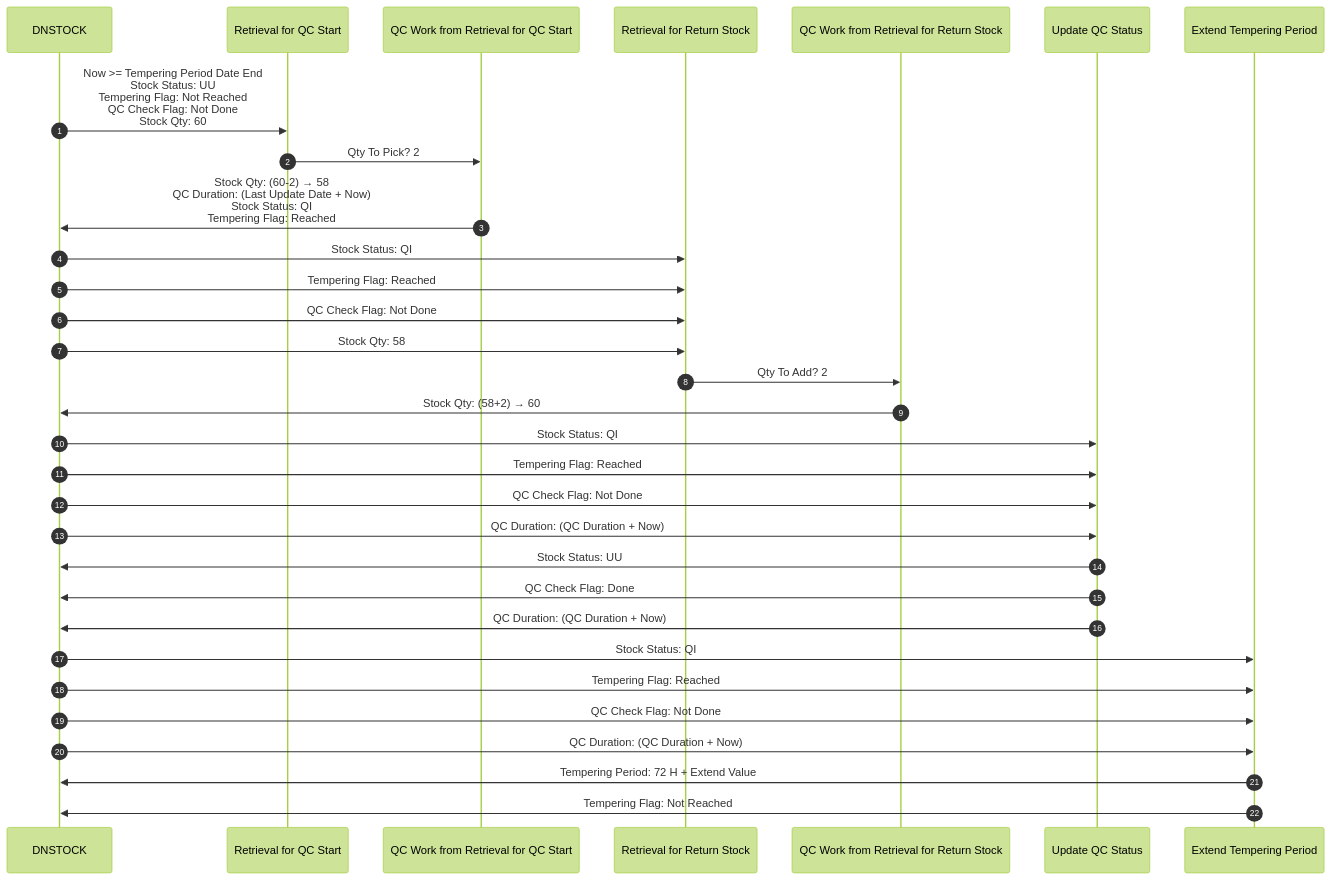
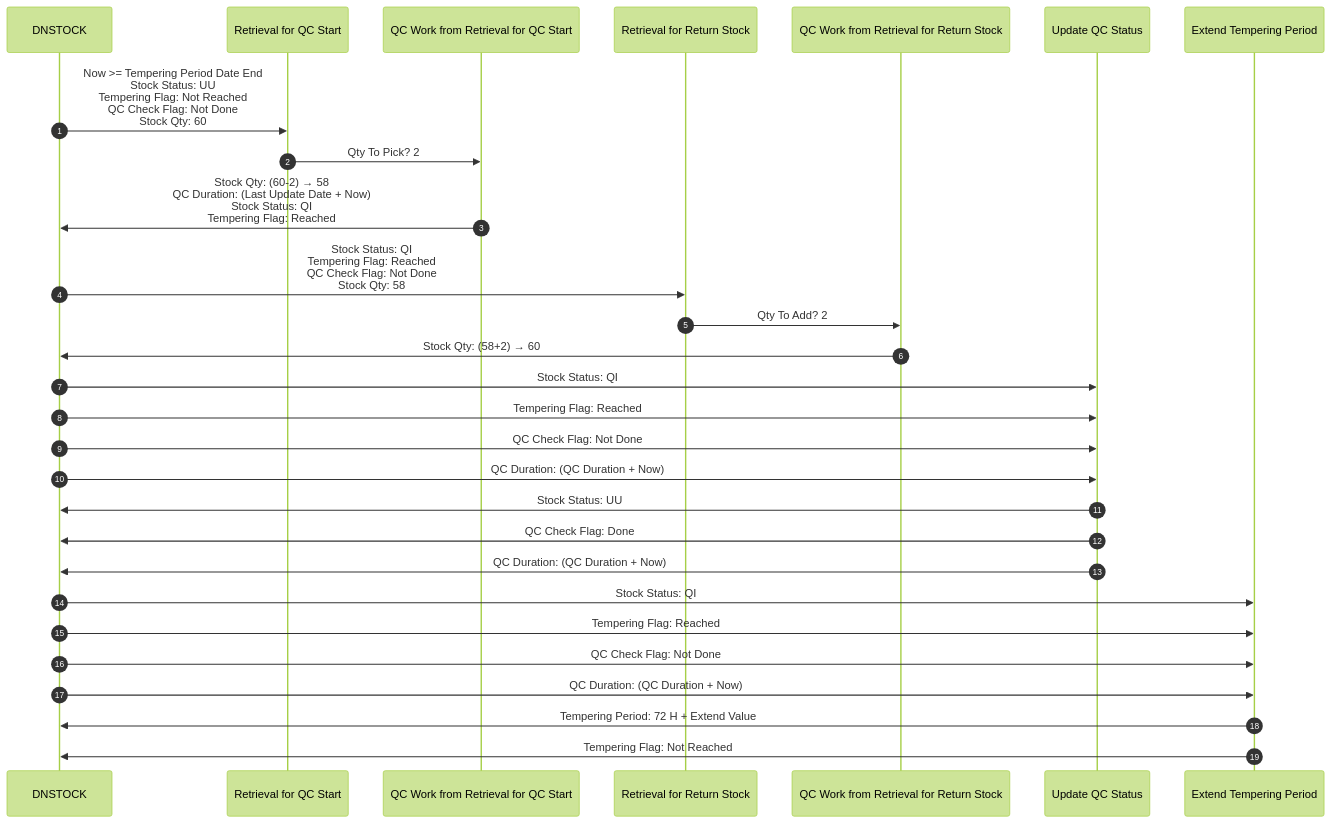
The diagram in Basic-Design/DFD-WMS/Retrieval/QC-Setting.md (luthfiadityaa/SimeDarby-Wiki), drawn with Mermaid (forest theme) before and after one commit.

Commit message:
Updated QC Setting

```diff
--- a/Basic-Design/DFD-WMS/Retrieval/QC-Setting.md
+++ b/Basic-Design/DFD-WMS/Retrieval/QC-Setting.md
@@ -18,52 +18,49 @@
 ::: mermaid
 sequenceDiagram
     autonumber
 
     participant DNSTOCK
     participant Retrieval for QC Start
     participant QC Work from Retrieval for QC Start
     participant Retrieval for Return Stock
     participant QC Work from Retrieval for Return Stock
     participant Update QC Status
     participant Extend Tempering Period
 
     %% --- 1. DNSTOCK ---
     DNSTOCK ->> Retrieval for QC Start: Now >= Tempering Period Date End <br> Stock Status: UU <br> Tempering Flag: Not Reached <br> QC Check Flag: Not Done <br> Stock Qty: 60
 
 
     %% --- 2. Retrieval for QC Start ---
     Retrieval for QC Start ->> QC Work from Retrieval for QC Start: Qty To Pick?  2
 
     %% --- 3. QC Work from Retrieval for QC Start ---
     QC Work from Retrieval for QC Start ->> DNSTOCK: Stock Qty: (60-2) → 58 <br> QC Duration: (Last Update Date + Now) <br> Stock Status: QI <br> Tempering Flag: Reached
 
     %% --- 4. Retrieval for Return Stock ---
-    DNSTOCK ->> Retrieval for Return Stock: Stock Status: QI  
-    DNSTOCK ->> Retrieval for Return Stock: Tempering Flag: Reached 
-    DNSTOCK ->> Retrieval for Return Stock: QC Check Flag: Not Done
-    DNSTOCK ->> Retrieval for Return Stock: Stock Qty: 58
+    DNSTOCK ->> Retrieval for Return Stock: Stock Status: QI <br> Tempering Flag: Reached <br> QC Check Flag: Not Done <br> Stock Qty: 58
 
     Retrieval for Return Stock ->> QC Work from Retrieval for Return Stock: Qty To Add?  2
 
     %% --- 5. QC Work from Retrieval for Return Stock ---
     QC Work from Retrieval for Return Stock ->> DNSTOCK: Stock Qty: (58+2) → 60
 
     %% --- 6. Update QC Status ---
     DNSTOCK ->> Update QC Status: Stock Status: QI  
     DNSTOCK ->> Update QC Status: Tempering Flag: Reached 
     DNSTOCK ->> Update QC Status: QC Check Flag: Not Done
     DNSTOCK ->> Update QC Status: QC Duration: (QC Duration + Now)
     
     Update QC Status ->> DNSTOCK: Stock Status: UU  
     Update QC Status ->> DNSTOCK: QC Check Flag: Done
     Update QC Status ->> DNSTOCK: QC Duration: (QC Duration + Now)
 
     %% --- 7. Extend Tempering Period ---
     DNSTOCK ->> Extend Tempering Period: Stock Status: QI  
     DNSTOCK ->> Extend Tempering Period: Tempering Flag: Reached 
     DNSTOCK ->> Extend Tempering Period: QC Check Flag: Not Done
     DNSTOCK ->> Extend Tempering Period: QC Duration: (QC Duration + Now)
 
     Extend Tempering Period ->> DNSTOCK: Tempering Period: 72 H + Extend Value
     Extend Tempering Period ->> DNSTOCK: Tempering Flag: Not Reached
 :::
```
